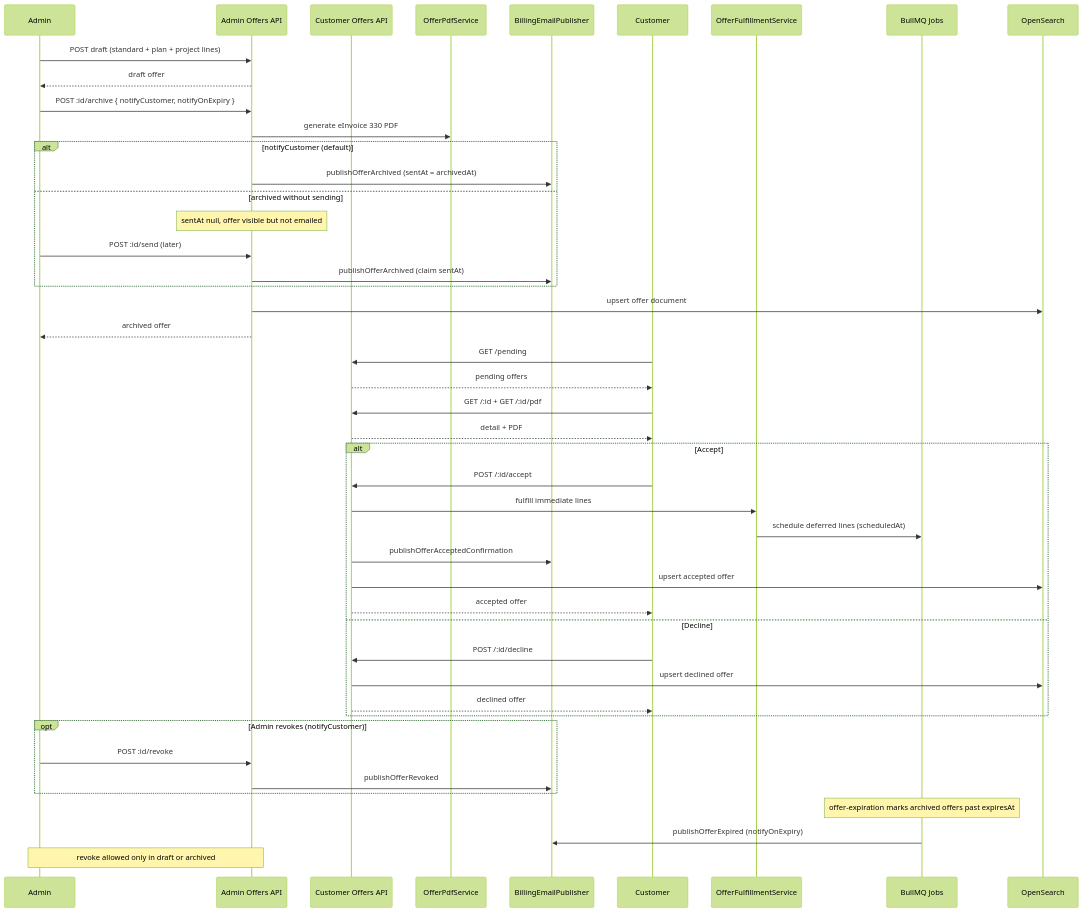
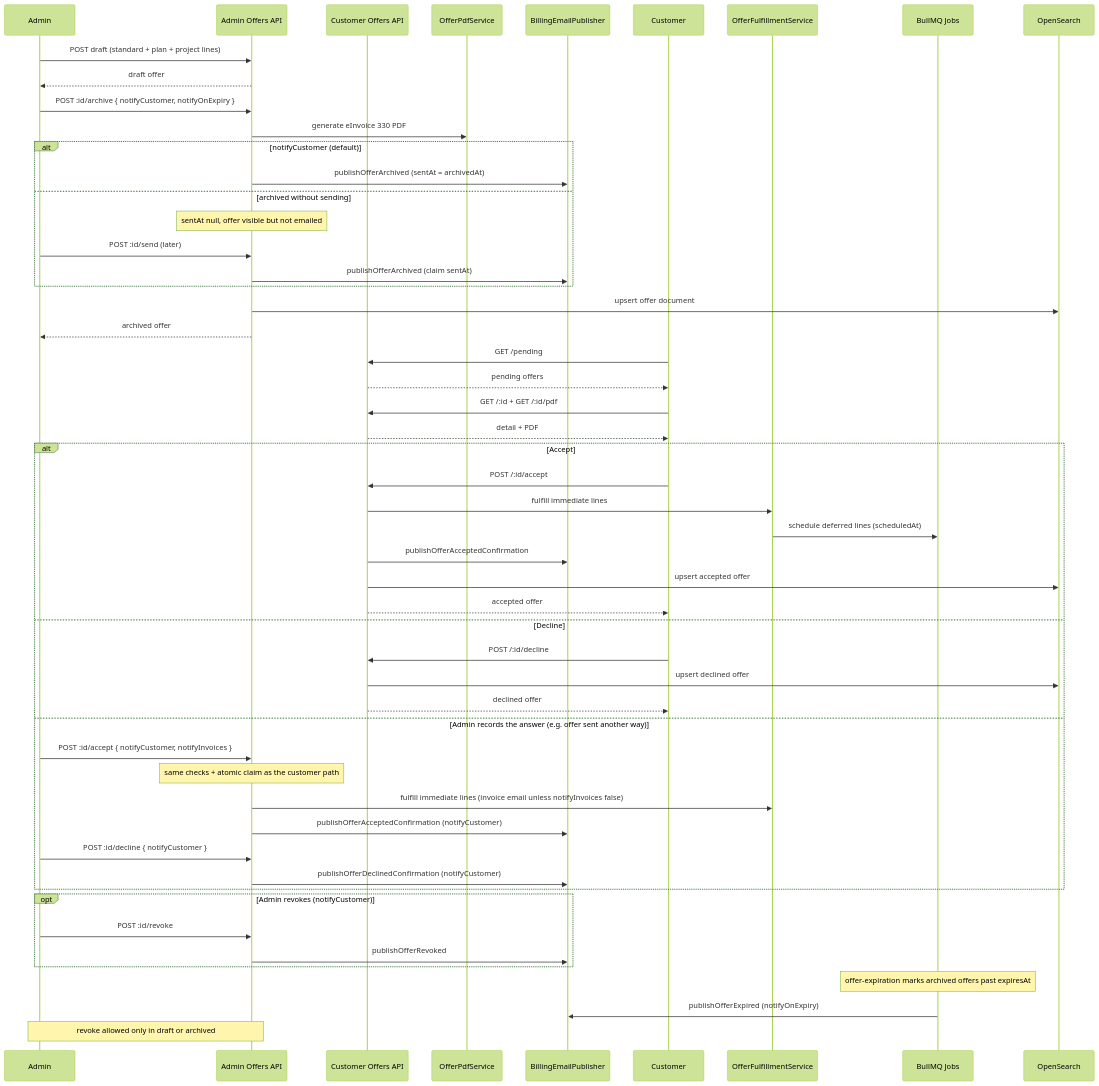
The diagram in docs/decabill/offers-lifecycle.mmd (forepath/one), drawn with Mermaid (forest theme) before and after one commit. The commit also changed 44 other files, not shown here.

First line of the commit message:
feat(decabill): admin offer accept and reject option (#763)

```diff
--- a/docs/decabill/offers-lifecycle.mmd
+++ b/docs/decabill/offers-lifecycle.mmd
@@ -1,53 +1,60 @@
 sequenceDiagram
     participant Admin
     participant AdminAPI as Admin Offers API
     participant CustomerAPI as Customer Offers API
     participant PDF as OfferPdfService
     participant Email as BillingEmailPublisher
     participant Customer
     participant Fulfillment as OfferFulfillmentService
     participant Jobs as BullMQ Jobs
     participant Search as OpenSearch
 
     Admin->>AdminAPI: POST draft (standard + plan + project lines)
     AdminAPI-->>Admin: draft offer
 
     Admin->>AdminAPI: POST :id/archive { notifyCustomer, notifyOnExpiry }
     AdminAPI->>PDF: generate eInvoice 330 PDF
     alt notifyCustomer (default)
         AdminAPI->>Email: publishOfferArchived (sentAt = archivedAt)
     else archived without sending
         Note over AdminAPI: sentAt null, offer visible but not emailed
         Admin->>AdminAPI: POST :id/send (later)
         AdminAPI->>Email: publishOfferArchived (claim sentAt)
     end
     AdminAPI->>Search: upsert offer document
     AdminAPI-->>Admin: archived offer
 
     Customer->>CustomerAPI: GET /pending
     CustomerAPI-->>Customer: pending offers
 
     Customer->>CustomerAPI: GET /:id + GET /:id/pdf
     CustomerAPI-->>Customer: detail + PDF
 
     alt Accept
         Customer->>CustomerAPI: POST /:id/accept
         CustomerAPI->>Fulfillment: fulfill immediate lines
         Fulfillment->>Jobs: schedule deferred lines (scheduledAt)
         CustomerAPI->>Email: publishOfferAcceptedConfirmation
         CustomerAPI->>Search: upsert accepted offer
         CustomerAPI-->>Customer: accepted offer
     else Decline
         Customer->>CustomerAPI: POST /:id/decline
         CustomerAPI->>Search: upsert declined offer
         CustomerAPI-->>Customer: declined offer
+    else Admin records the answer (e.g. offer sent another way)
+        Admin->>AdminAPI: POST :id/accept { notifyCustomer, notifyInvoices }
+        Note over AdminAPI: same checks + atomic claim as the customer path
+        AdminAPI->>Fulfillment: fulfill immediate lines (invoice email unless notifyInvoices false)
+        AdminAPI->>Email: publishOfferAcceptedConfirmation (notifyCustomer)
+        Admin->>AdminAPI: POST :id/decline { notifyCustomer }
+        AdminAPI->>Email: publishOfferDeclinedConfirmation (notifyCustomer)
     end
 
     opt Admin revokes (notifyCustomer)
         Admin->>AdminAPI: POST :id/revoke
         AdminAPI->>Email: publishOfferRevoked
     end
 
     Note over Jobs: offer-expiration marks archived offers past expiresAt
     Jobs->>Email: publishOfferExpired (notifyOnExpiry)
     Note over Admin,AdminAPI: revoke allowed only in draft or archived
```
